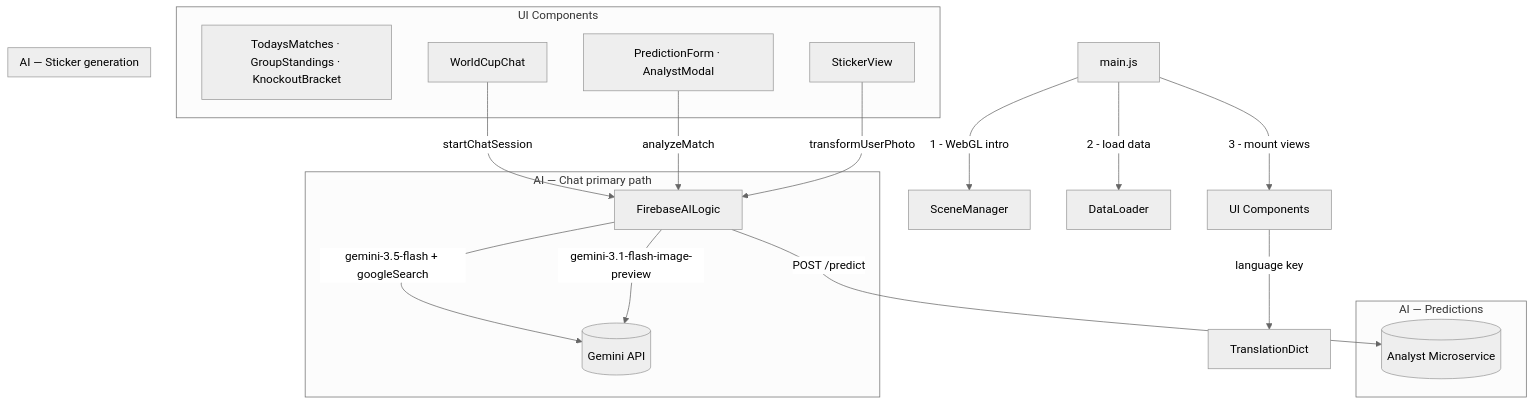
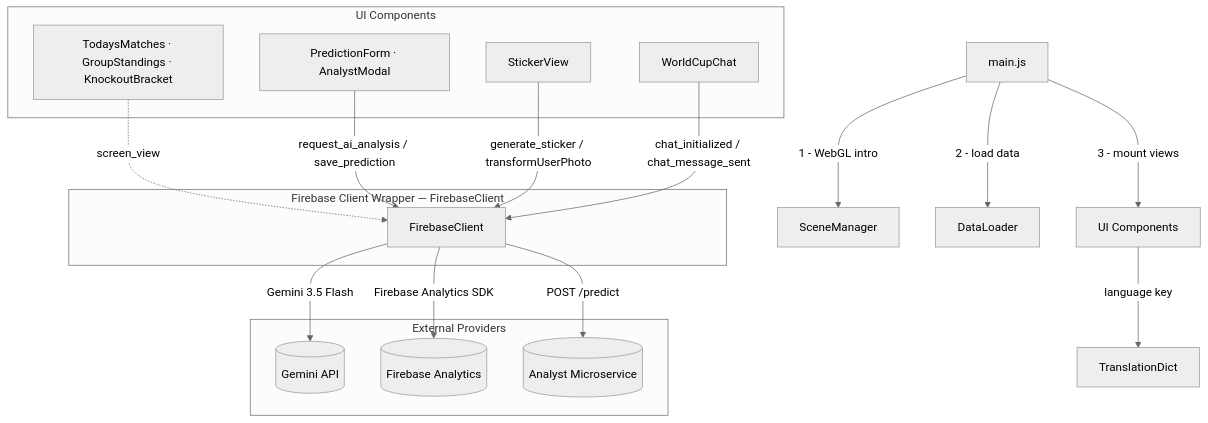
The diagram in src/README.md (jggomez/world-cup-2026-devhack-ai), drawn with Mermaid (neutral theme) before and after one commit. The commit also changed other lines of this file and 58 other files, not shown here.

First line of the commit message:
feat(ai-analyst): integrate critic evaluator, firebase analytics, and group stage context

````diff
--- a/src/README.md
+++ b/src/README.md
@@ -11,30 +11,28 @@
 ```mermaid
 graph TD
     Main[main.js] -->|1 - WebGL intro| SceneManager[SceneManager]
     Main -->|2 - load data| DataLoader[DataLoader]
     Main -->|3 - mount views| UI[UI Components]
 
     subgraph "UI Components"
         Tab1["TodaysMatches · GroupStandings · KnockoutBracket"]
         Tab2["PredictionForm · AnalystModal"]
         Tab3["StickerView"]
         Tab4["WorldCupChat"]
     end
 
     UI -->|language key| TranslationDict[TranslationDict]
 
-    subgraph "AI — Chat primary path"
-        Tab4 -->|startChatSession| FirebaseAI[FirebaseAILogic]
-        FirebaseAI -->|gemini-3.5-flash + googleSearch| GeminiAPI[(Gemini API)]
+    subgraph "Firebase Client Wrapper — FirebaseClient"
+        Tab1 -.->|screen_view| FirebaseClient[FirebaseClient]
+        Tab2 -->|request_ai_analysis / save_prediction| FirebaseClient
+        Tab3 -->|generate_sticker / transformUserPhoto| FirebaseClient
+        Tab4 -->|chat_initialized / chat_message_sent| FirebaseClient
     end
 
-    subgraph "AI — Predictions"
-        Tab2 -->|analyzeMatch| FirebaseAI
-        FirebaseAI -->|POST /predict| AnalystService[(Analyst Microservice)]
-    end
-
-    subgraph "AI — Sticker generation"
-        Tab3 -->|transformUserPhoto| FirebaseAI
-        FirebaseAI -->|gemini-3.1-flash-image-preview| GeminiAPI
+    subgraph "External Providers"
+        FirebaseClient -->|Gemini 3.5 Flash| GeminiAPI[(Gemini API)]
+        FirebaseClient -->|Firebase Analytics SDK| FirebaseAnalytics[(Firebase Analytics)]
+        FirebaseClient -->|POST /predict| AnalystService[(Analyst Microservice)]
     end
 ```
````
